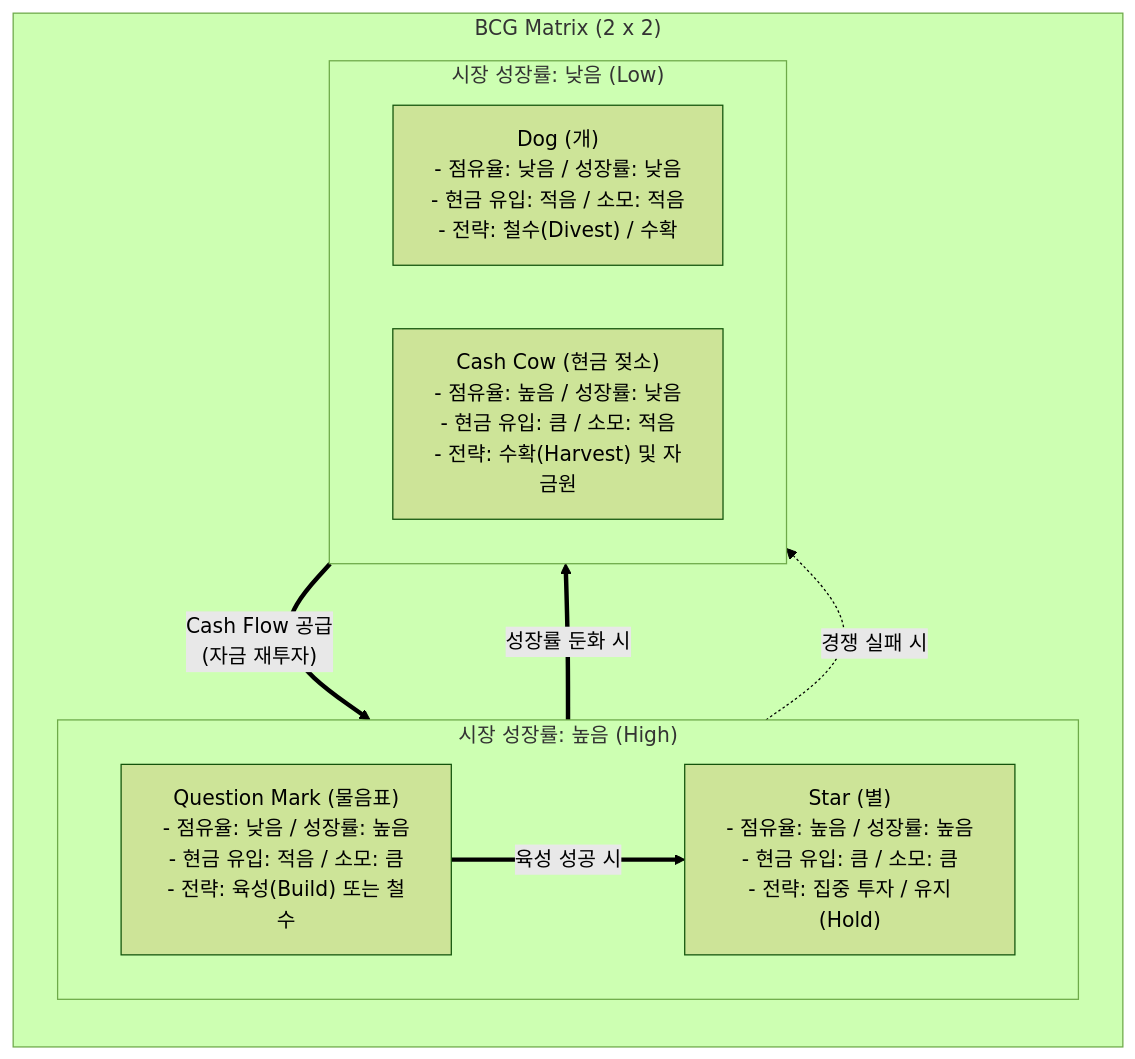
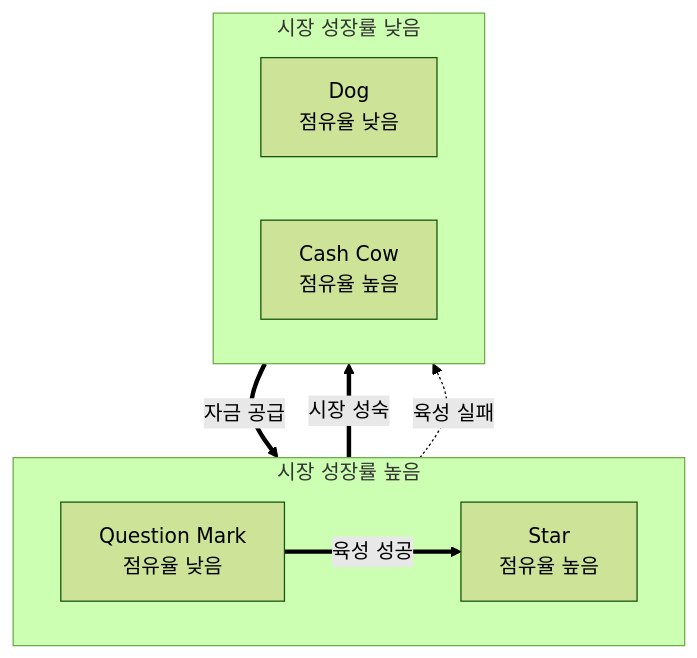
The diagram in content/01_IT Tech/BCG Matrix.md (supremethumb/supremethumb.github.io), drawn with Mermaid (forest theme) before and after one commit. The commit also changed other lines of this file and 1087 other files, not shown here.

````diff
--- a/content/01_IT Tech/BCG Matrix.md
+++ b/content/01_IT Tech/BCG Matrix.md
@@ -29,23 +34,17 @@
 ```mermaid
-flowchart TD
-    subgraph BCG ["BCG Matrix (2 x 2)"]
-        direction TB
-        subgraph HIGH_G ["시장 성장률: 높음 (High)"]
-            direction LR
-            QM["Question Mark (물음표)<br/>- 점유율: 낮음 / 성장률: 높음<br/>- 현금 유입: 적음 / 소모: 큼<br/>- 전략: 육성(Build) 또는 철수"]
-            STAR["Star (별)<br/>- 점유율: 높음 / 성장률: 높음<br/>- 현금 유입: 큼 / 소모: 큼<br/>- 전략: 집중 투자 / 유지(Hold)"]
-        end
-
-        subgraph LOW_G ["시장 성장률: 낮음 (Low)"]
-            direction LR
-            DOG["Dog (개)<br/>- 점유율: 낮음 / 성장률: 낮음<br/>- 현금 유입: 적음 / 소모: 적음<br/>- 전략: 철수(Divest) / 수확"]
-            COW["Cash Cow (현금 젖소)<br/>- 점유율: 높음 / 성장률: 낮음<br/>- 현금 유입: 큼 / 소모: 적음<br/>- 전략: 수확(Harvest) 및 자금원"]
-        end
+flowchart TB
+    subgraph H["시장 성장률 높음"]
+        direction LR
+        QM["Question Mark<br/>점유율 낮음"]
+        ST["Star<br/>점유율 높음"]
     end
-
-    COW ==>|"Cash Flow 공급<br/>(자금 재투자)"| QM
-    QM ==>|"육성 성공 시"| STAR
-    STAR ==>|"성장률 둔화 시"| COW
-    QM -.->|"경쟁 실패 시"| DOG
-
+    subgraph L["시장 성장률 낮음"]
+        direction LR
+        DG["Dog<br/>점유율 낮음"]
+        CC["Cash Cow<br/>점유율 높음"]
+    end
+    CC ==>|"자금 공급"| QM
+    QM ==>|"육성 성공"| ST
+    ST ==>|"시장 성숙"| CC
+    QM -.->|"육성 실패"| DG
 ```
````
